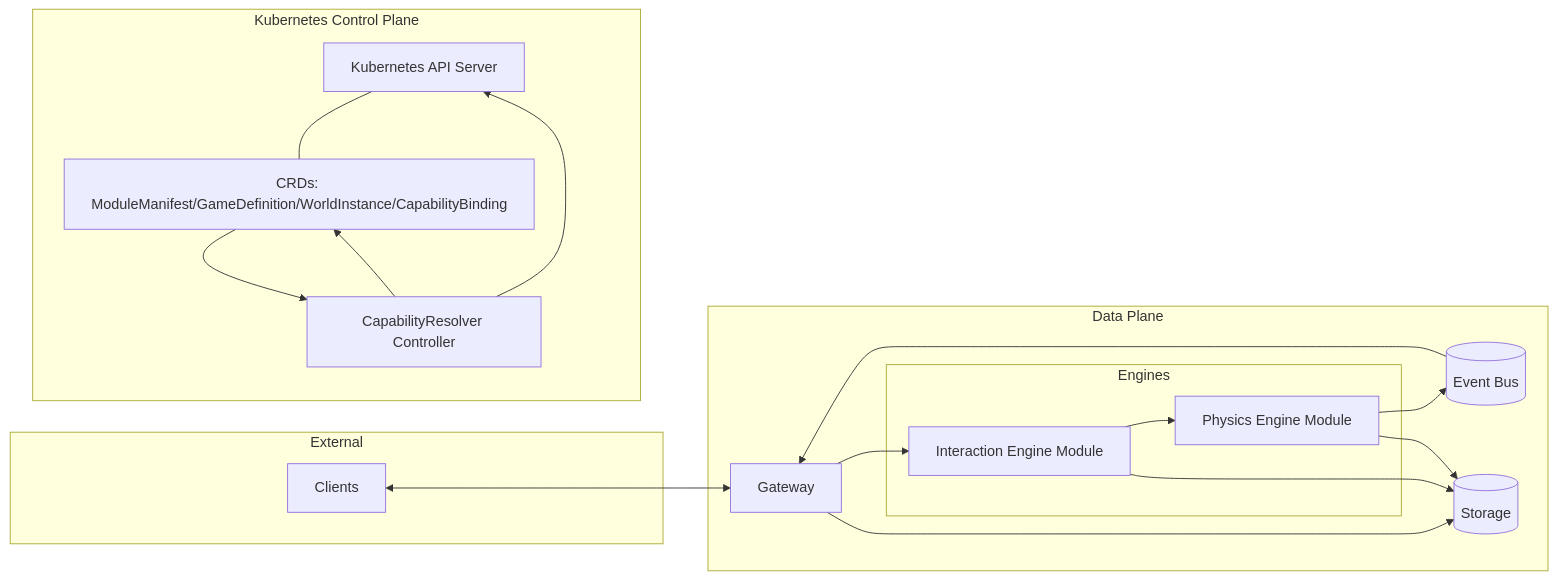
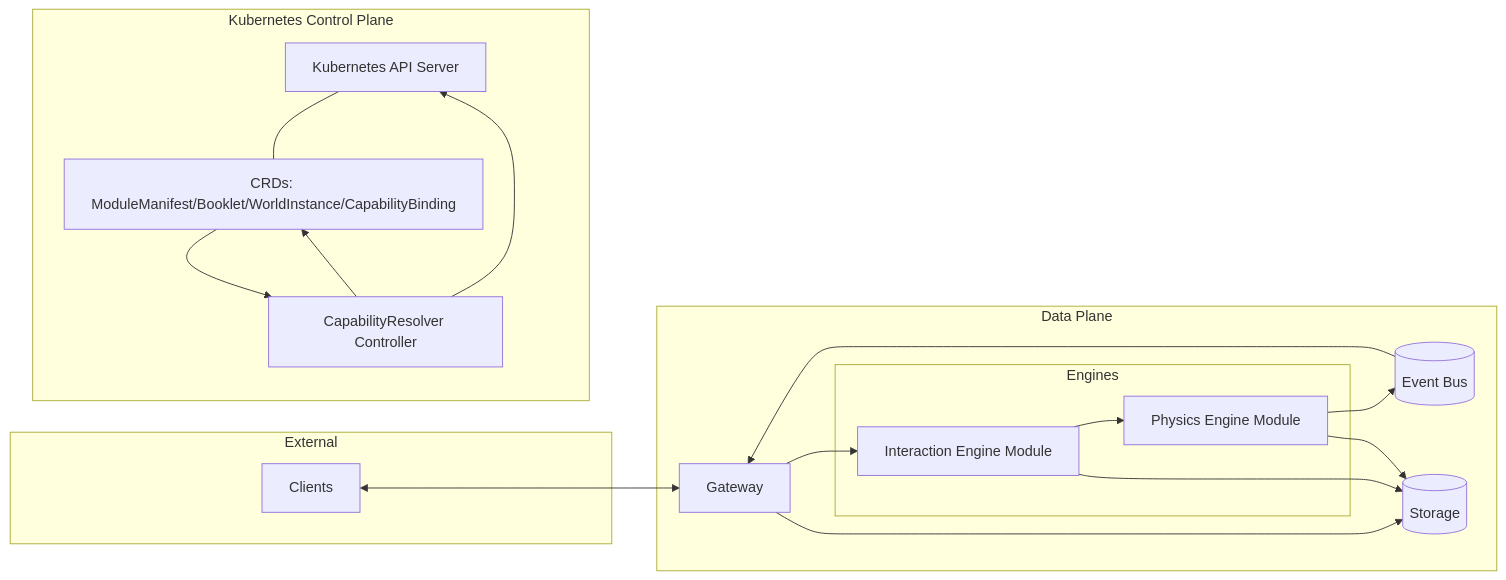
One commit to bayleafwalker/bindery-core changed the second of 2 diagrams in docs/platform-architecture.md. Above: the diagram before and after it, drawn with Mermaid. The commit also changed other lines of this file and 119 other files, not shown here.

Commit message:
refactor: migrate to bindery-core, update docs and helm chart

````diff
--- a/docs/platform-architecture.md
+++ b/docs/platform-architecture.md
@@ -181,48 +181,48 @@
 ```mermaid
 flowchart LR
   %% External
   subgraph External
     C[Clients]
   end
 
   %% Control plane
   subgraph Kubernetes Control Plane
     API[Kubernetes API Server]
-    CRDs[CRDs: ModuleManifest/GameDefinition/WorldInstance/CapabilityBinding]
+    CRDs[CRDs: ModuleManifest/Booklet/WorldInstance/CapabilityBinding]
     R[CapabilityResolver Controller]
     API --- CRDs
     R --> API
   end
 
   %% Data plane
   subgraph Data Plane
     GW[Gateway]
 
     subgraph Engines
       IE[Interaction Engine Module]
       PE[Physics Engine Module]
     end
 
     Bus[(Event Bus)]
     Store[(Storage)]
   end
 
   C <--> GW
 
   %% Routing to engines (RPC boundary)
   GW --> IE
   IE --> PE
 
   %% Async distribution
   PE --> Bus
   Bus --> GW
 
   %% Persistence (optional, implementation-specific)
   GW --> Store
   IE --> Store
   PE --> Store
 
   %% Resolver influences runtime wiring via bindings
   CRDs --> R
   R --> CRDs
 ```
````
